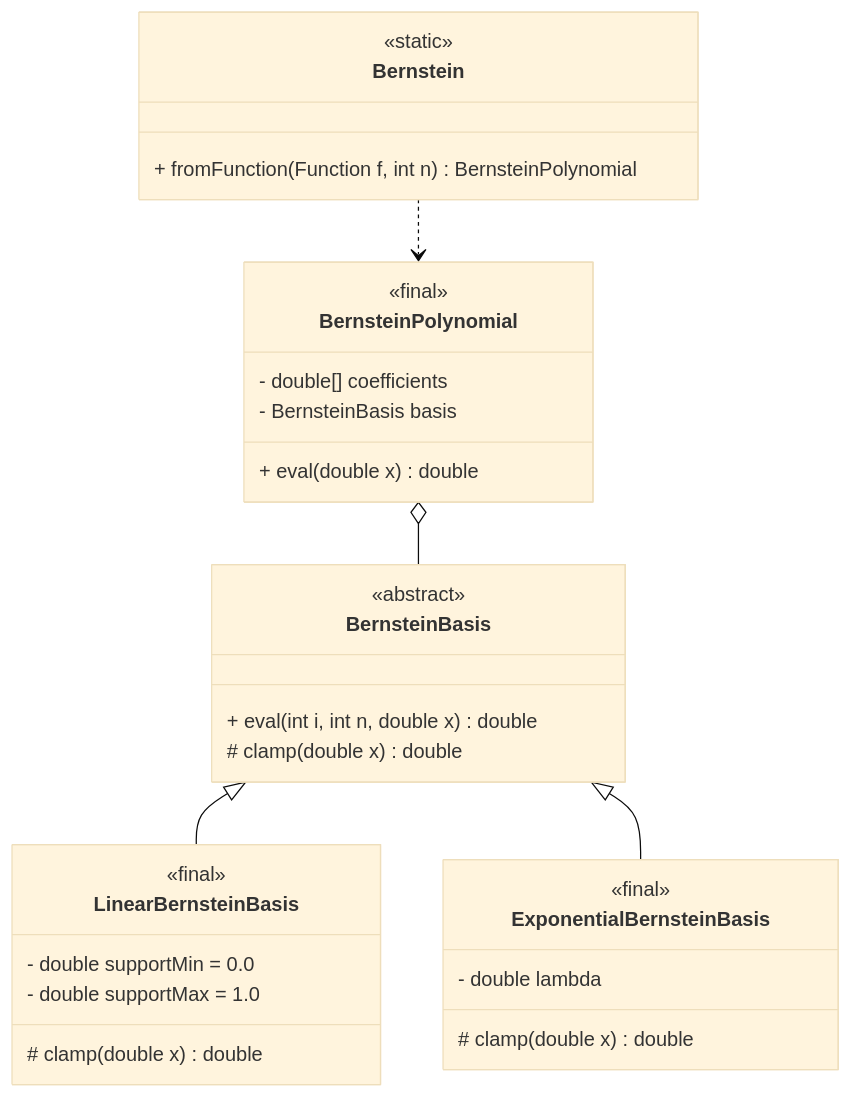
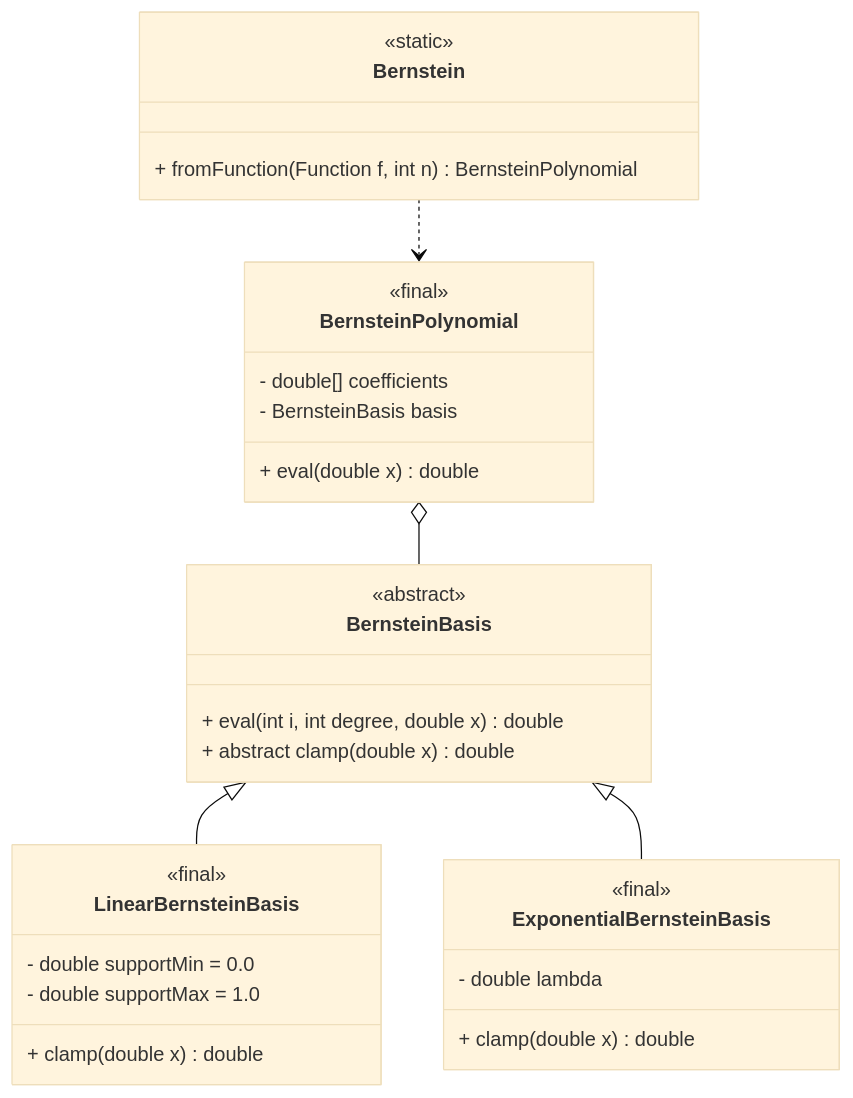
Before and after one commit to edoardosarri24/probabilistic-soft-real-time-analysis: the diagram in report/images/2-bernstein/class_diagram.mmd, drawn with Mermaid (base theme). The commit also changed 8 other files, not shown here.

```diff
--- a/report/images/2-bernstein/class_diagram.mmd
+++ b/report/images/2-bernstein/class_diagram.mmd
@@ -1,40 +1,40 @@
 
 classDiagram
 
     class Bernstein {
         <<static>>
         + fromFunction(Function f, int n) BernsteinPolynomial
     }
 
     %% Domain classes
     class BernsteinPolynomial {
         <<final>>
         - double[] coefficients
         - BernsteinBasis basis
         + eval(double x) double
     }
 
     class BernsteinBasis {
         <<abstract>>
-        + eval(int i, int n, double x) double
-        # clamp(double x) double
+        + eval(int i, int degree, double x) double
+        + abstract clamp(double x) double
     }
 
     class LinearBernsteinBasis {
         <<final>>
         - double supportMin = 0.0
         - double supportMax = 1.0
-        # clamp(double x) double
+        + clamp(double x) double
     }
 
     class ExponentialBernsteinBasis {
         <<final>>
         - double lambda
-        # clamp(double x) double
+        + clamp(double x) double
     }
 
     %% Relations
     BernsteinPolynomial o-- BernsteinBasis
     BernsteinBasis <|-- LinearBernsteinBasis
     BernsteinBasis <|-- ExponentialBernsteinBasis
     Bernstein ..> BernsteinPolynomial
```
